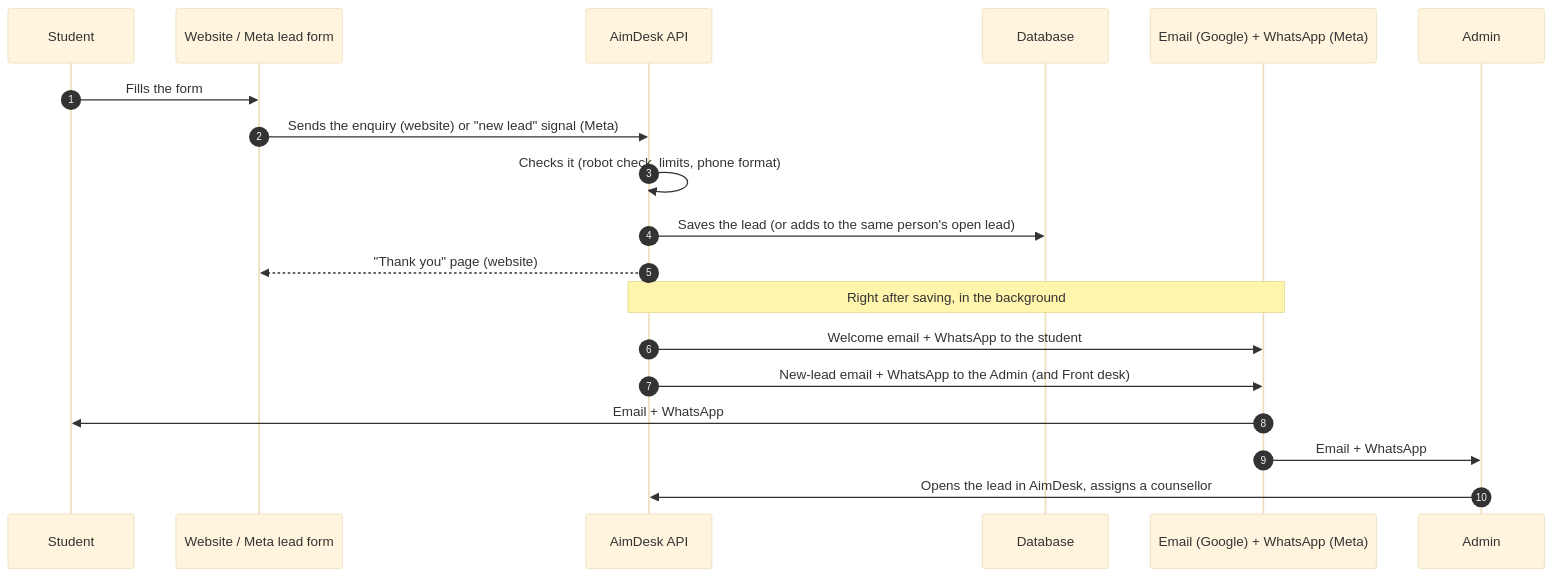
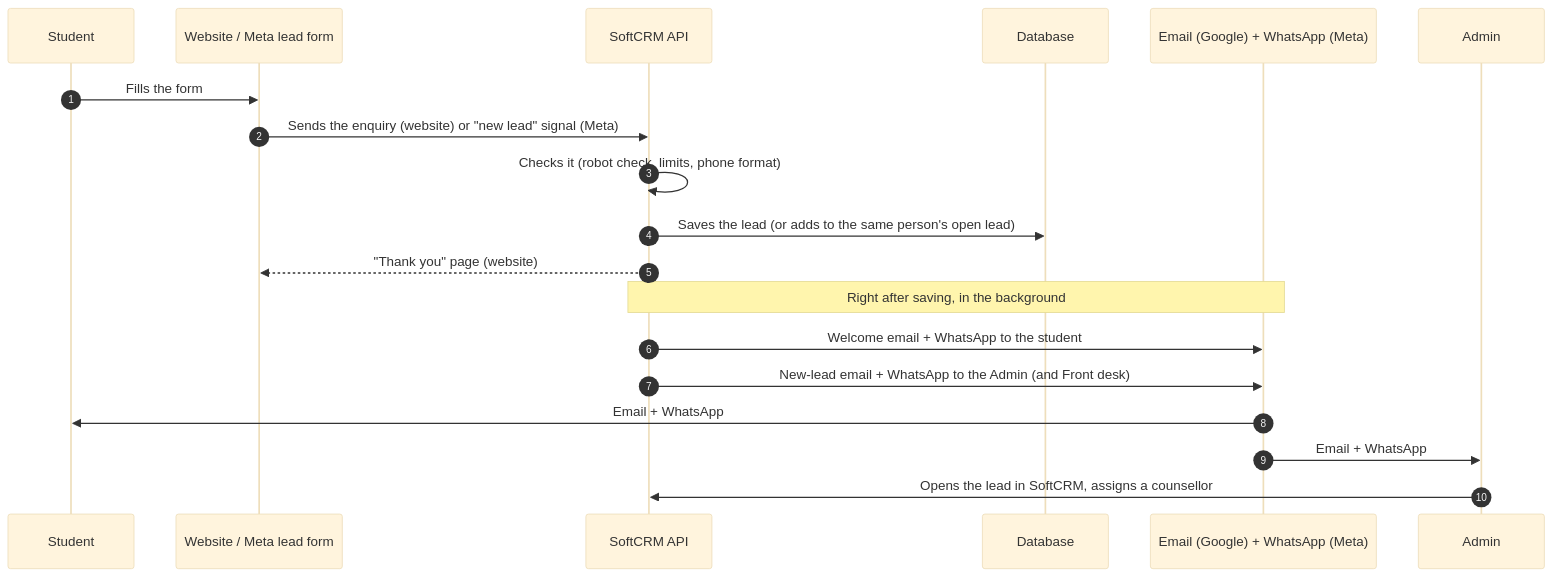
Before and after one commit to softzenith-projects/softzenith-crm: the second of 5 diagrams in docs/go-live.md, drawn with Mermaid (base theme). The commit also changed other lines of this file and 45 other files, not shown here.

First line of the commit message:
feat: Admin-only businesses (ADMIN1), sign-in 400 fix, SoftCRM name, client setup form

````diff
--- a/docs/go-live.md
+++ b/docs/go-live.md
@@ -85,22 +85,22 @@
 ```mermaid
 sequenceDiagram
     autonumber
     participant S as Student
     participant W as Website / Meta lead form
-    participant A as AimDesk API
+    participant A as SoftCRM API
     participant D as Database
     participant M as Email (Google) + WhatsApp (Meta)
     participant Ad as Admin
 
     S->>W: Fills the form
     W->>A: Sends the enquiry (website) or "new lead" signal (Meta)
     A->>A: Checks it (robot check, limits, phone format)
     A->>D: Saves the lead (or adds to the same person's open lead)
     A-->>W: "Thank you" page (website)
     Note over A,M: Right after saving, in the background
     A->>M: Welcome email + WhatsApp to the student
     A->>M: New-lead email + WhatsApp to the Admin (and Front desk)
     M->>S: Email + WhatsApp
     M->>Ad: Email + WhatsApp
-    Ad->>A: Opens the lead in AimDesk, assigns a counsellor
+    Ad->>A: Opens the lead in SoftCRM, assigns a counsellor
 ```
````
